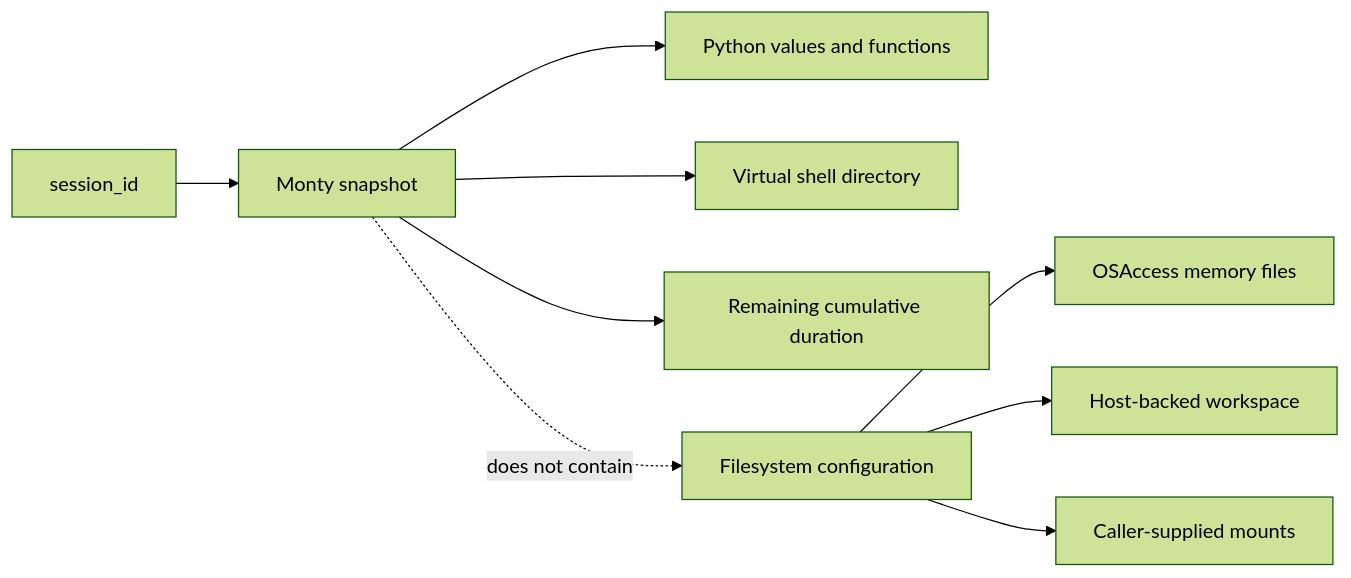
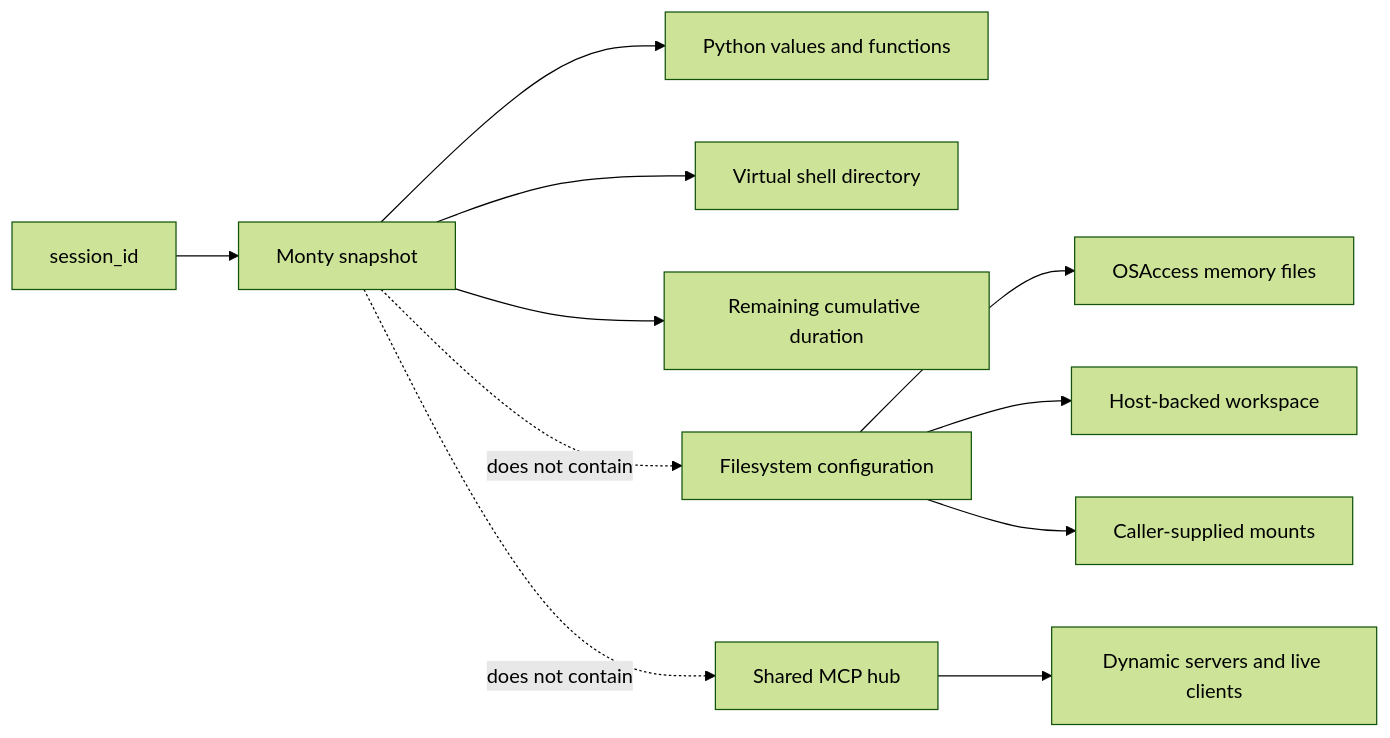
Before and after one commit to sgaseretto/arenero: the third of 6 diagrams in docs/architecture.md, drawn with Mermaid (forest theme). The commit also changed other lines of this file and 18 other files, not shown here.

Commit message:
feat: add managed sandbox and dynamic MCP

````diff
--- a/docs/architecture.md
+++ b/docs/architecture.md
@@ -201,13 +209,15 @@
 ```mermaid
 flowchart LR
     SessionID["session_id"] --> Snapshot["Monty snapshot"]
     Snapshot --> PythonState["Python values and functions"]
     Snapshot --> Cwd["Virtual shell directory"]
     Snapshot --> Budget["Remaining cumulative duration"]
 
     FileConfig["Filesystem configuration"] --> MemoryFiles["OSAccess memory files"]
     FileConfig --> Workspace["Host-backed workspace"]
     FileConfig --> Mounts["Caller-supplied mounts"]
+    Hub["Shared MCP hub"] --> Registry["Dynamic servers and live clients"]
 
     Snapshot -. does not contain .-> FileConfig
+    Snapshot -. does not contain .-> Hub
 ```
````
